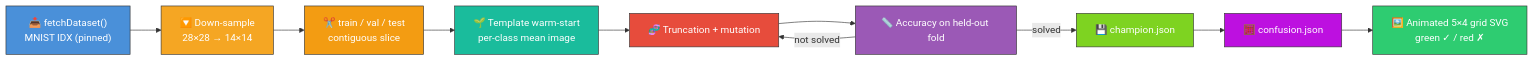
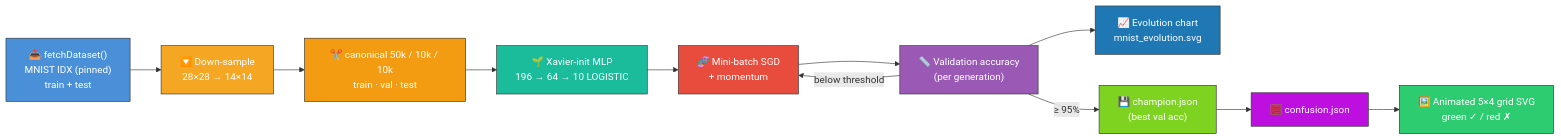
Before and after one commit to stSoftwareAU/NEAT-AI-Examples: the diagram in mnist_classification/README.md, drawn with Mermaid. The commit also changed other lines of this file and 10 other files, not shown here.

````diff
--- a/mnist_classification/README.md
+++ b/mnist_classification/README.md
@@ -12,26 +19,29 @@
 ```mermaid
 flowchart LR
-    DL["📥 fetchDataset()<br/>MNIST IDX (pinned)"]
+    DL["📥 fetchDataset()<br/>MNIST IDX (pinned)<br/>train + test"]
     DOWN["🔽 Down-sample<br/>28×28 → 14×14"]
-    SPLIT["✂️ train / val / test<br/>contiguous slice"]
-    INIT["🌱 Template warm-start<br/>per-class mean image"]
-    EVOLVE["🧬 Truncation + mutation"]
-    SCORE["📏 Accuracy on held-out fold"]
-    CHAMP["💾 champion.json"]
+    SPLIT["✂️ canonical 50k / 10k / 10k<br/>train · val · test"]
+    INIT["🌱 Xavier-init MLP<br/>196 → 64 → 10 LOGISTIC"]
+    SGD["🧬 Mini-batch SGD<br/>+ momentum"]
+    SCORE["📏 Validation accuracy<br/>(per generation)"]
+    SNAPSHOT["📈 Evolution chart<br/>mnist_evolution.svg"]
+    CHAMP["💾 champion.json<br/>(best val acc)"]
     CONF["🧮 confusion.json"]
     GRID["🖼️ Animated 5×4 grid SVG<br/>green ✓ / red ✗"]
 
-    DL --> DOWN --> SPLIT --> INIT --> EVOLVE --> SCORE
-    SCORE -- not solved --> EVOLVE
-    SCORE -- solved --> CHAMP --> CONF --> GRID
+    DL --> DOWN --> SPLIT --> INIT --> SGD --> SCORE
+    SCORE -- below threshold --> SGD
+    SCORE -- ≥ 95% --> CHAMP --> CONF --> GRID
+    SCORE --> SNAPSHOT
 
     style DL fill:#4a90d9,stroke:#333,color:#fff
     style DOWN fill:#f5a623,stroke:#333,color:#fff
     style SPLIT fill:#f39c12,stroke:#333,color:#fff
     style INIT fill:#1abc9c,stroke:#333,color:#fff
-    style EVOLVE fill:#e74c3c,stroke:#333,color:#fff
+    style SGD fill:#e74c3c,stroke:#333,color:#fff
     style SCORE fill:#9b59b6,stroke:#333,color:#fff
+    style SNAPSHOT fill:#1f77b4,stroke:#333,color:#fff
     style CHAMP fill:#7ed321,stroke:#333,color:#fff
     style CONF fill:#bd10e0,stroke:#333,color:#fff
     style GRID fill:#2ecc71,stroke:#333,color:#fff
 ```
````
